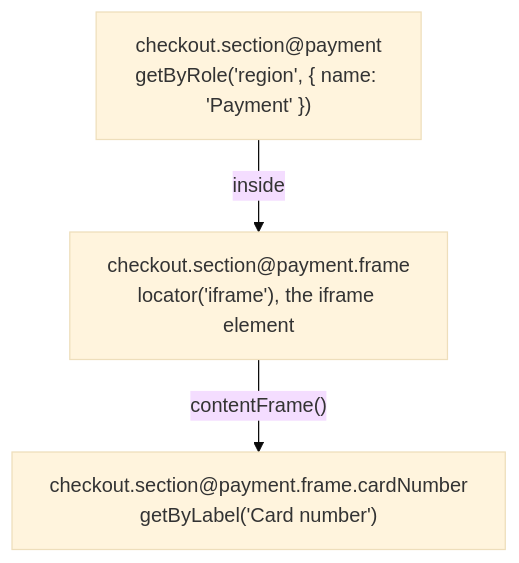
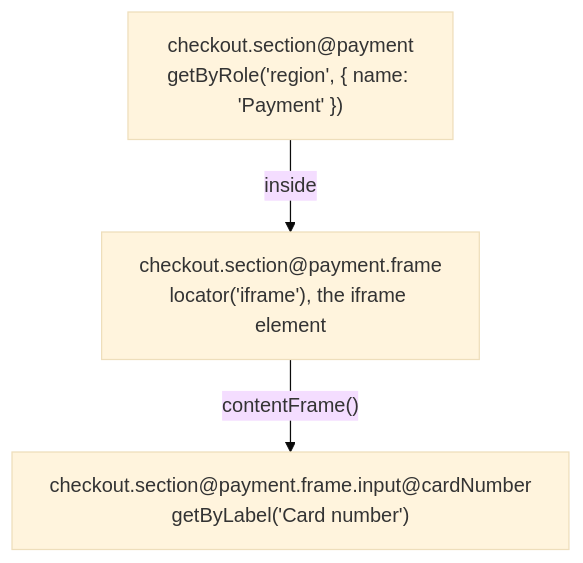
The diagram in website/src/content/docs/docs/frames.md (DyHex/POMWright), drawn with Mermaid (base theme) before and after one commit. The commit also changed other lines of this file and 29 other files, not shown here.

````diff
--- a/website/src/content/docs/docs/frames.md
+++ b/website/src/content/docs/docs/frames.md
@@ -14,5 +14,5 @@
 ```mermaid
 flowchart TD
   section["checkout.section@payment<br/>getByRole('region', { name: 'Payment' })"] -->|inside| iframe["checkout.section@payment.frame<br/>locator('iframe'), the iframe element"]
-  iframe -->|"contentFrame()"| field["checkout.section@payment.frame.cardNumber<br/>getByLabel('Card number')"]
+  iframe -->|"contentFrame()"| field["checkout.section@payment.frame.input@cardNumber<br/>getByLabel('Card number')"]
 ```
````
